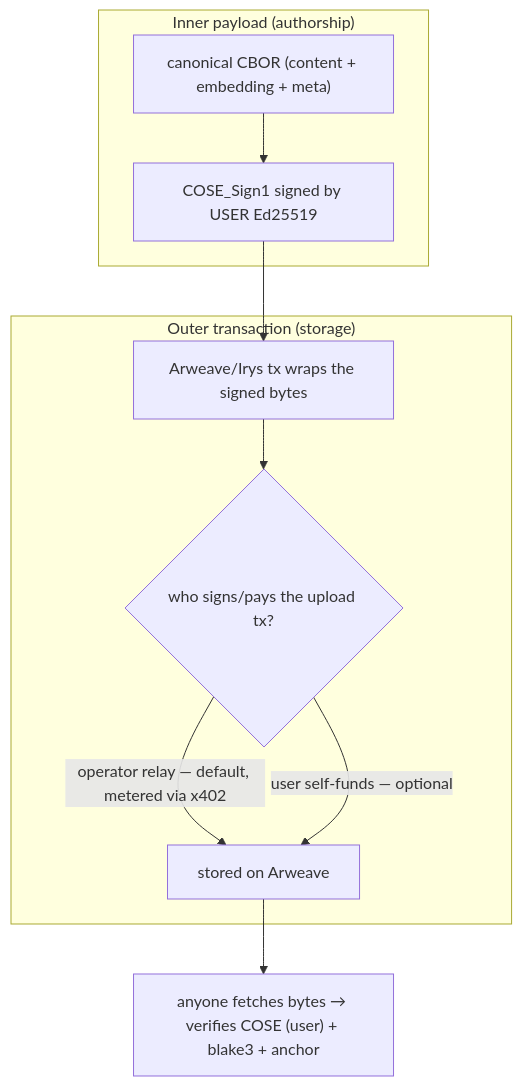
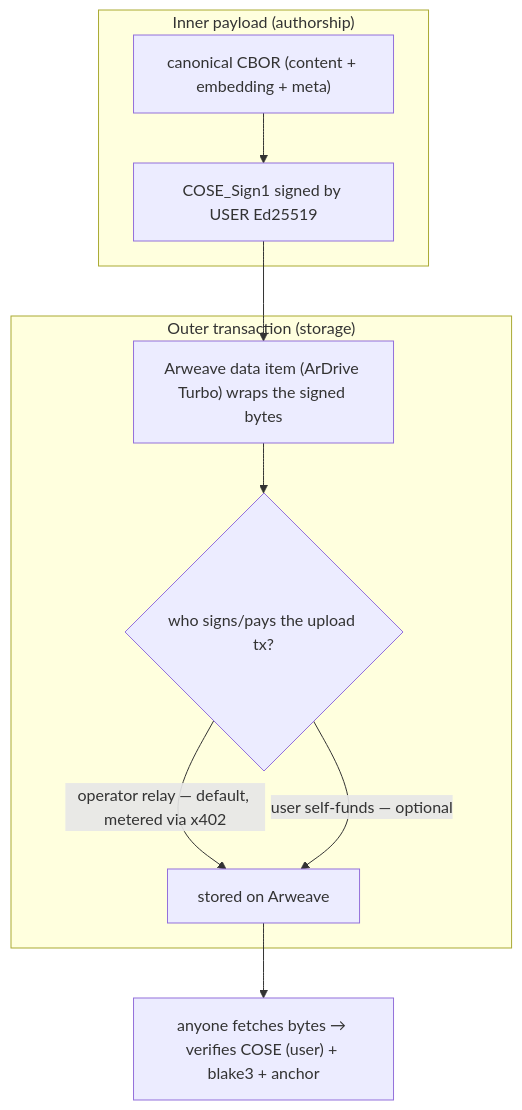
The seventh of 12 diagrams in work/noncustodial-paradigm/design.md (mnemonik-xyz/monorepo), drawn with Mermaid before and after one commit. The commit also changed other lines of this file and 90 other files, not shown here.

First line of the commit message:
docs: replace Irys with ArDrive Turbo and Arweave gateways

````diff
--- a/work/noncustodial-paradigm/design.md
+++ b/work/noncustodial-paradigm/design.md
@@ -383,13 +383,13 @@
 ```mermaid
 flowchart TB
     subgraph PAYLOAD["Inner payload (authorship)"]
       CB["canonical CBOR (content + embedding + meta)"] --> COSE["COSE_Sign1 signed by USER Ed25519"]
     end
     subgraph ENVELOPE["Outer transaction (storage)"]
-      COSE --> TX["Arweave/Irys tx wraps the signed bytes"]
+      COSE --> TX["Arweave data item (ArDrive Turbo) wraps the signed bytes"]
       TX --> PAYER{"who signs/pays the upload tx?"}
       PAYER -->|operator relay — default, metered via x402| ST["stored on Arweave"]
       PAYER -->|user self-funds — optional| ST
     end
     ST --> V["anyone fetches bytes → verifies COSE (user) + blake3 + anchor"]
 ```
````
